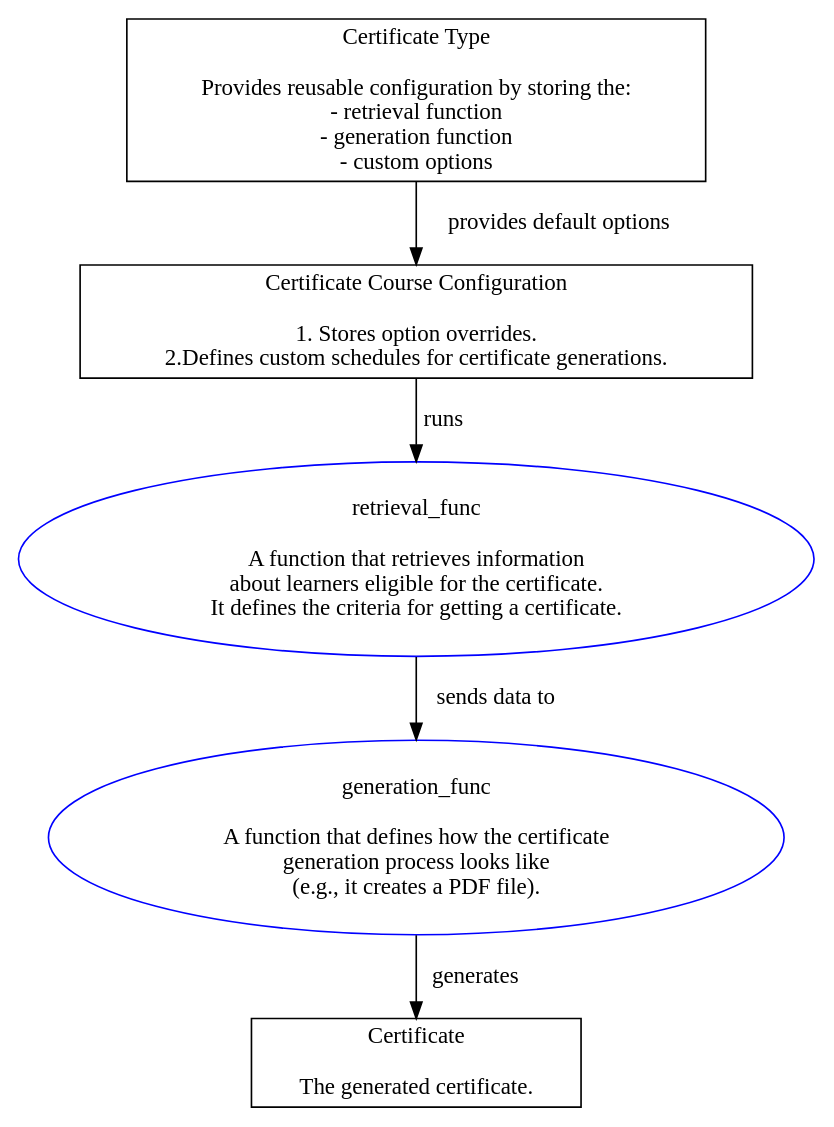
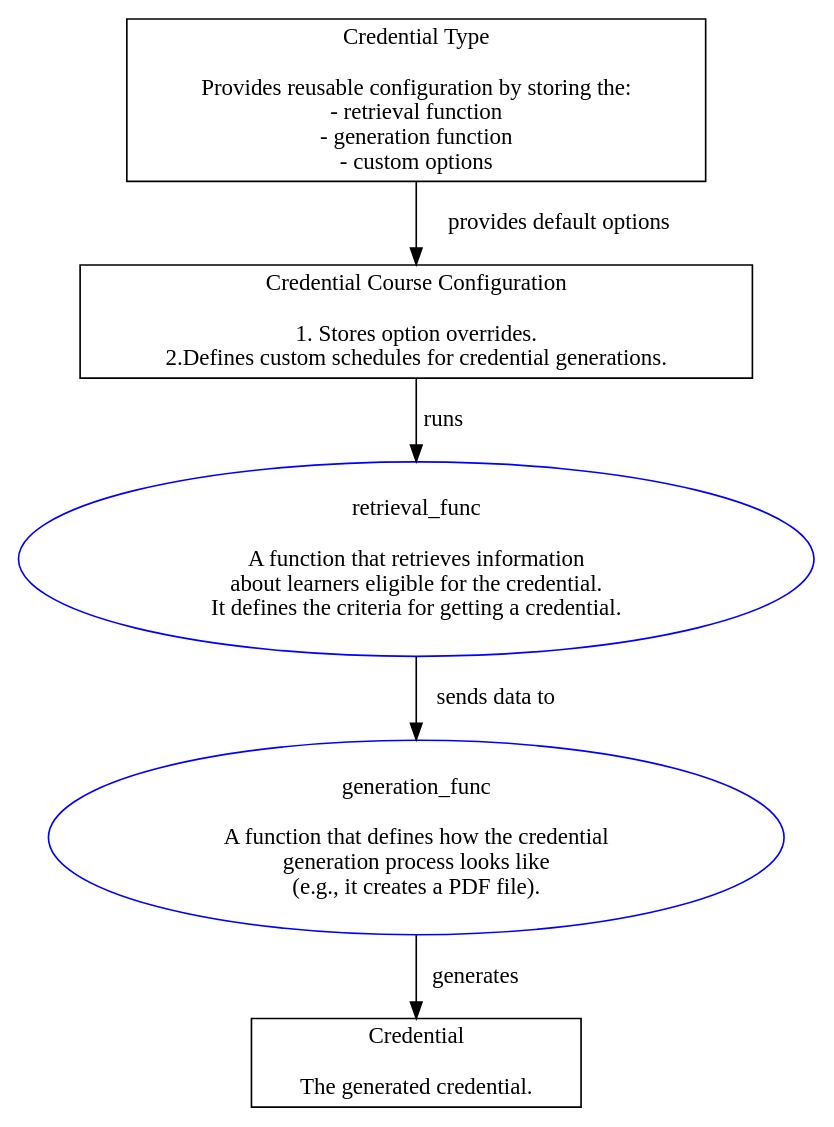
Before and after one commit to open-craft/learning-credentials: the diagram in docs/quickstarts/index.rst, drawn with Graphviz. The commit also changed other lines of this file and 19 other files, not shown here.

Commit message:
refactor: rename `ExternalCertificate` to `Credential`

```diff
--- a/docs/quickstarts/index.rst
+++ b/docs/quickstarts/index.rst
@@ -9,14 +9,14 @@
 .. graphviz::
 
     digraph G {
-        CertificateType [shape=box, color="black", label="Certificate Type\n\nProvides reusable configuration by storing the:\n- retrieval function\n- generation function\n- custom options"]
-        CertificateCourseConfiguration [shape=box, color="black", label="Certificate Course Configuration\n\n1. Stores option overrides.\n2.Defines custom schedules for certificate generations."]
-        RetrievalFunc [shape=ellipse, color="blue", label="retrieval_func\n\nA function that retrieves information\n about learners eligible for the certificate.\nIt defines the criteria for getting a certificate."]
-        GenerationFunc [shape=ellipse, color="blue", label="generation_func\n\nA function that defines how the certificate\ngeneration process looks like\n(e.g., it creates a PDF file)."]
-        Certificate [shape=box, color="black", label="Certificate\n\nThe generated certificate."]
+        CredentialType [shape=box, color="black", label="Credential Type\n\nProvides reusable configuration by storing the:\n- retrieval function\n- generation function\n- custom options"]
+        CredentialCourseConfiguration [shape=box, color="black", label="Credential Course Configuration\n\n1. Stores option overrides.\n2.Defines custom schedules for credential generations."]
+        RetrievalFunc [shape=ellipse, color="blue", label="retrieval_func\n\nA function that retrieves information\n about learners eligible for the credential.\nIt defines the criteria for getting a credential."]
+        GenerationFunc [shape=ellipse, color="blue", label="generation_func\n\nA function that defines how the credential\ngeneration process looks like\n(e.g., it creates a PDF file)."]
+        Credential [shape=box, color="black", label="Credential\n\nThe generated credential."]
 
-        CertificateCourseConfiguration -> RetrievalFunc [label="runs"]
+        CredentialCourseConfiguration -> RetrievalFunc [label="runs"]
         RetrievalFunc -> GenerationFunc [label="sends data to"]
-        CertificateType -> CertificateCourseConfiguration [label="provides default options"]
-        GenerationFunc -> Certificate [label="generates"]
+        CredentialType -> CredentialCourseConfiguration [label="provides default options"]
+        GenerationFunc -> Credential [label="generates"]
     }
```
